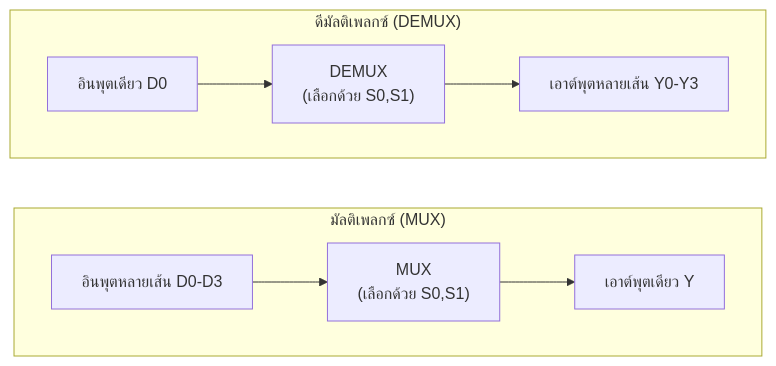
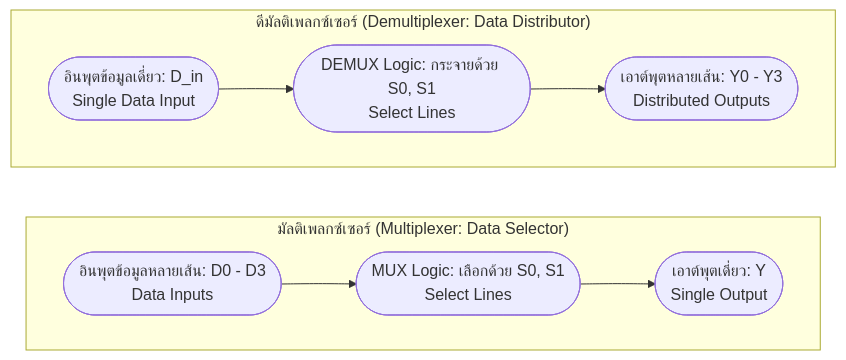
One commit to PhuriphatTyPeZ3r0/Course-1322201-Digital-Logic-Design-2026 changed the diagram in 01_Lectures/Week6/Multiplexer-Demultiplexer.md. Above: the diagram before and after it, drawn with Mermaid. The commit also changed 18 other files, not shown here.

Commit message:
refactor: standardize diagrams to UML specifications across notes and templates

````diff
--- a/01_Lectures/Week6/Multiplexer-Demultiplexer.md
+++ b/01_Lectures/Week6/Multiplexer-Demultiplexer.md
@@ -57,11 +57,11 @@
 ```mermaid
 flowchart LR
-    subgraph MUX["มัลติเพลกซ์ (MUX)"]
+    subgraph MUX ["มัลติเพลกซ์เซอร์ (Multiplexer: Data Selector)"]
         direction LR
-        M1["อินพุตหลายเส้น D0-D3"] --> M2["MUX\n(เลือกด้วย S0,S1)"] --> M3["เอาต์พุตเดียว Y"]
+        M1([อินพุตข้อมูลหลายเส้น: D0 - D3<br>Data Inputs]) --> M2([MUX Logic: เลือกด้วย S0, S1<br>Select Lines]) --> M3([เอาต์พุตเดี่ยว: Y<br>Single Output])
     end
-    subgraph DEMUX["ดีมัลติเพลกซ์ (DEMUX)"]
+    subgraph DEMUX ["ดีมัลติเพลกซ์เซอร์ (Demultiplexer: Data Distributor)"]
         direction LR
-        D1["อินพุตเดียว D0"] --> D2["DEMUX\n(เลือกด้วย S0,S1)"] --> D3["เอาต์พุตหลายเส้น Y0-Y3"]
+        D1([อินพุตข้อมูลเดี่ยว: D_in<br>Single Data Input]) --> D2([DEMUX Logic: กระจายด้วย S0, S1<br>Select Lines]) --> D3([เอาต์พุตหลายเส้น: Y0 - Y3<br>Distributed Outputs])
     end
 ```
````
